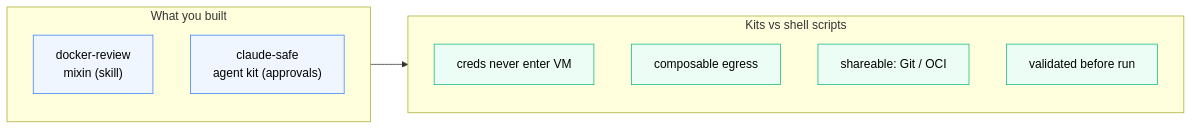
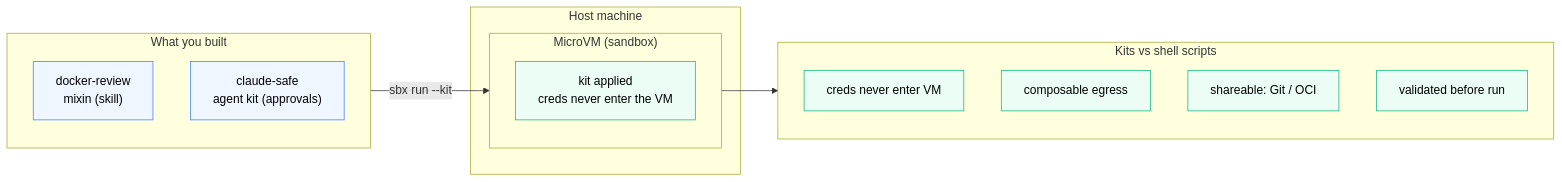
The diagram in labspace/kits/06-summary.md (ajeetraina/labspace-docker-ai-governance), drawn with Mermaid before and after one commit. The commit also changed 6 other files, not shown here.

First line of the commit message:
Frame kit diagrams with Host machine + MicroVM for visual uniformity

````diff
--- a/labspace/kits/06-summary.md
+++ b/labspace/kits/06-summary.md
@@ -3,19 +3,27 @@
 ```mermaid
 flowchart LR
     subgraph BUILT["What you built"]
         M["docker-review<br/>mixin (skill)"]
         A["claude-safe<br/>agent kit (approvals)"]
     end
-    BUILT --> WINS
+    subgraph HOST["Host machine"]
+        subgraph VM["MicroVM (sandbox)"]
+            RUN["kit applied<br/>creds never enter the VM"]
+        end
+    end
+    BUILT -- "sbx run --kit" --> VM
+    VM --> WINS
     subgraph WINS["Kits vs shell scripts"]
         W1["creds never enter VM"]
         W2["composable egress"]
         W3["shareable: Git / OCI"]
         W4["validated before run"]
     end
 
     classDef kit fill:#eff6ff,stroke:#3b82f6,color:#000
+    classDef vm fill:#ecfdf5,stroke:#10b981,color:#000
     classDef win fill:#ecfdf5,stroke:#10b981,color:#000
     class M,A kit
+    class RUN vm
     class W1,W2,W3,W4 win
 ```
````
